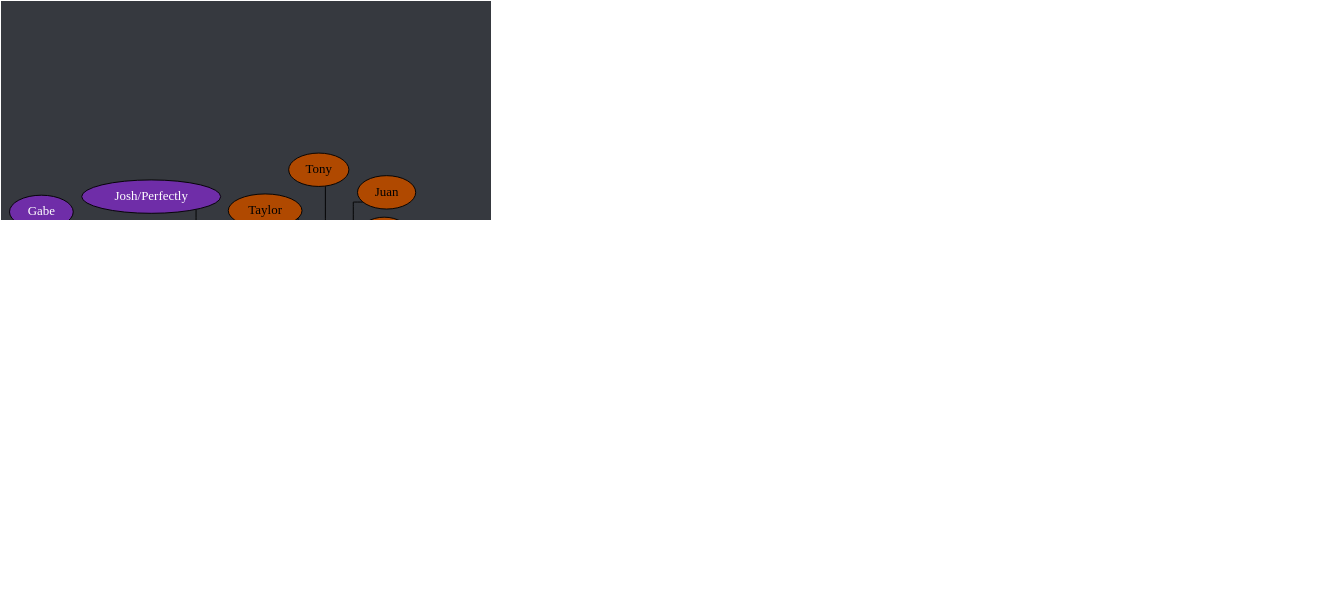
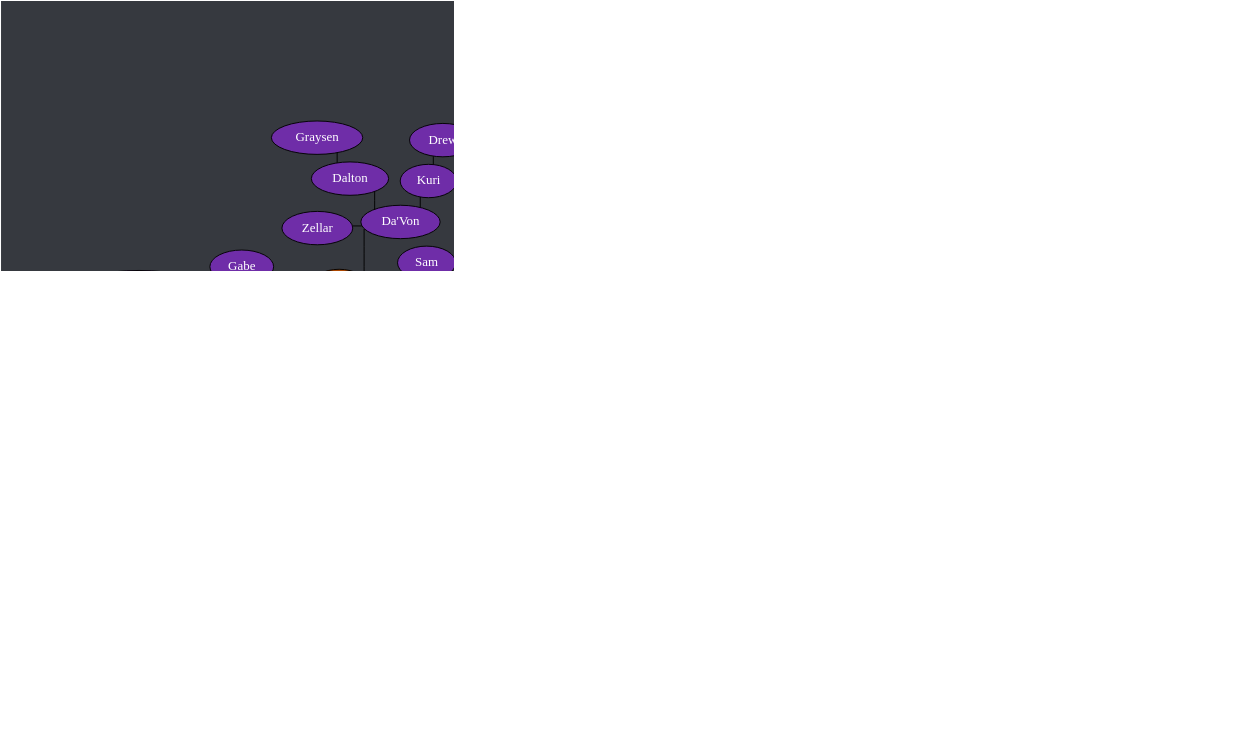
One commit to Documidas/CoronaCatzFamilyTree changed the diagram in tree.dot. Above: the diagram before and after it, drawn with Graphviz. The commit also changed 1 other file, not shown here.

Commit message:
Add Kevin

```diff
--- a/tree.dot
+++ b/tree.dot
@@ -1,157 +1,158 @@
 strict graph {
 	// Layout Configuration
 	layout = neato;
 	dpi = 200;
 	epsilon = 0.01;
 	mode = major;
 	model = subset;
 	overlap = false;
 	splines = ortho;
 	start = rand;
 
 	// Visual Configuration
 	graph [ truecolor=true bgcolor="#36393f" ];
 	node [ style=filled fillcolor="gray" fontcolor="black" ];
 
 	subgraph "Joel" {
 		node [ style=filled fillcolor="firebrick4" fontcolor="white" ];
 		Joel [ style=filled fillcolor="gold" fontcolor="black" ];
 
 		Cayla -- Ali;
 		Cayla -- Jonathan;
 		Cayla -- Kate;
 		Cayla -- Ranger;
 		Joel -- Anders;
 		Joel -- Cayla;
 		Joel -- Conner;
 		Joel -- Jared;
 		Joel -- Kat;
 		Joel -- Patrick;
 		Joel -- Steven;
 		Joel -- Zach;
 	}
 
 	subgraph "Anders" {
 		node [ style=filled fillcolor="green4" fontcolor="white" ];
 		// Anders [ style=filled fillcolor="green4" fontcolor="white" ];
 
 		Anders -- Chiara;
 		Anders -- Cody;
 		Anders -- Daniel;
 		Anders -- "Derek/Yaupon";
 		Anders -- DJ;
 		Anders -- Hahnur;
 		Anders -- Jen;
 		Anders -- Matt;
 		Anders -- Solis;
 		Anders -- Will;
 		Anders -- Wyatt;
 	}
 
 	subgraph "Jared" {
 		node [ style=filled fillcolor="royalblue" fontcolor="black" ];
 		// Jared [ style=filled fillcolor="royalblue" fontcolor="black" ];
 
 		Andrew -- Hannah;
 		Dave -- Everett;
 		Donnie -- Bryan;
 		Donnie -- Michael;
 		Greg -- Ali;
 		Greg -- Andrew;
 		Hannah -- Logan;
 		Isaiah -- "Jack.2";
 		Jared -- Brandi;
 		Jared -- Dave;
 		Jared -- Donnie;
 		Jared -- Fabi;
 		Jared -- Greg;
 		Jared -- Isabelle;
 		Jared -- Mason;
 		Jared -- Nam;
 		Jared -- Rin;
 		Jared -- Spencer;
 		Jared -- Tyler;
 		Jared -- "Zach/Laniakea";
 		Jared -- "Zöe";
 		Logan -- Raana;
 		Michael -- Troy;
 		Rin -- Isaiah;
 		Tyler -- America;
 		Tyler -- Gaby;
 		Troy -- Drake;
 		Troy -- Klein;
 	}
 
 	subgraph "Zach/Laniakea" {
 		node [ style=filled fillcolor="#4eff2c" fontcolor="black" ];
 		// "Zach/Laniakea" [ style=filled fillcolor="#4eff2c" fontcolor="black" ];
 
 		"Caio.2" -- "Kyle.1";
 		"Caio.2" -- Lucas;
 		"Zach/Laniakea" -- Allen;
 		"Zach/Laniakea" -- "Caio.2";
 		"Zach/Laniakea" -- Colin;
 		"Zach/Laniakea" -- John;
+		"Zach/Laniakea" -- Kevin;
 		"Zach/Laniakea" -- "Kyle.0";
 		"Zach/Laniakea" -- Mike;
 		"Zach/Laniakea" -- Ryan;
 	}
 
 	subgraph "John" {
 		node [ style=filled fillcolor="#c89b3c" fontcolor="black" ];
 		// John [ style=filled fillcolor="#c89b3c" fontcolor="black" ];
 
 		Haber -- "Derek/Nomad";
 		John -- Anna;
 		John -- Emily;
 		John -- Haber;
 		John -- Jay;
 		John -- Jack;
 		John -- Lara;
 		John -- Monarch;
 		John -- "Oliger/Leanza";
 		John -- Thomas;
 	}
 
 	subgraph "John-stream" {
 		// node [ style=filled fillcolor="#9147ff" fontcolor="black" ];
 		node [ style=filled fillcolor="#c89b3c" fontcolor="black" ];
 
 		John -- Izzy;
 		John -- "Michael/Wheezy";
 		John -- Robby;
 	}
 
 	subgraph "Thomas" {
 		node [ style=filled fillcolor="#b04900" fontcolor="black" ];
 		// Thomas [ style=filled fillcolor="#b04900" fontcolor="black" ];
 
 		Thomas -- Alex;
 		Thomas -- JD;
 		Thomas -- Josh;
 		Thomas -- Juan;
 		Thomas -- Taylor;
 		Thomas -- Tony;
 		Thomas -- Travis;
 	}
 
 	subgraph "Alex" {
 		node [ style=filled fillcolor="#6f2da8" fontcolor="white" ];
 		// Alex [ style=filled fillcolor="#6f2da8" fontcolor="black" ];
 
 		Alex -- "Alex/Blitt";
 		Alex -- "Da'Von";
 		Alex -- Sam;
 		"Alex/Blitt" -- Alan;
 		"Alex/Blitt" -- "Alex the 3rd";
 		"Alex/Blitt" -- Carlos;
 		"Alex/Blitt" -- Gabe;
 		"Alex/Blitt" -- "Kyle.3";
 		"Alex/Blitt" -- "Josh/Perfectly";
 		"Da'Von" -- Dalton;
 		"Da'Von" -- Kuri;
 		"Da'Von" -- Zellar;
 		Dalton -- Graysen;
 		Kuri -- Drew;
 	}
 }
```
